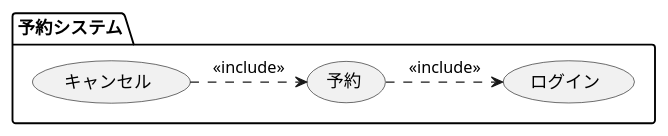
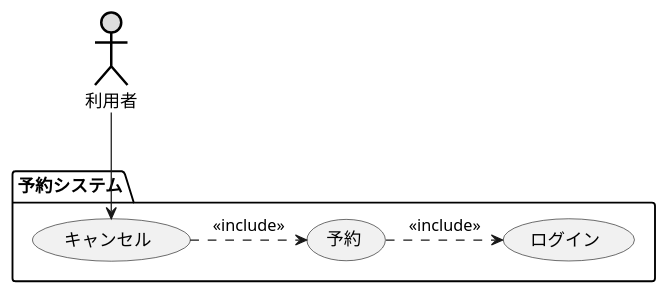
Before and after one commit to github-use-a/uml-introduction: the diagram in 演習2-4_キャンペーン中のホテル宿泊予約.pu, drawn with PlantUML.

Commit message:
作成

```diff
--- a/演習2-4_キャンペーン中のホテル宿泊予約.pu
+++ b/演習2-4_キャンペーン中のホテル宿泊予約.pu
@@ -1,9 +1,12 @@
 @startuml ユースケース図
+' left to right direction
+actor 利用者#DDDDDD;line:black;line.bold;
 package 予約システム{
 usecase キャンセル
 usecase 予約
 usecase ログイン
 }
+利用者--> キャンセル
 キャンセル .> 予約 : << include >>
 予約 .> ログイン : << include >> 
 @enduml
```
